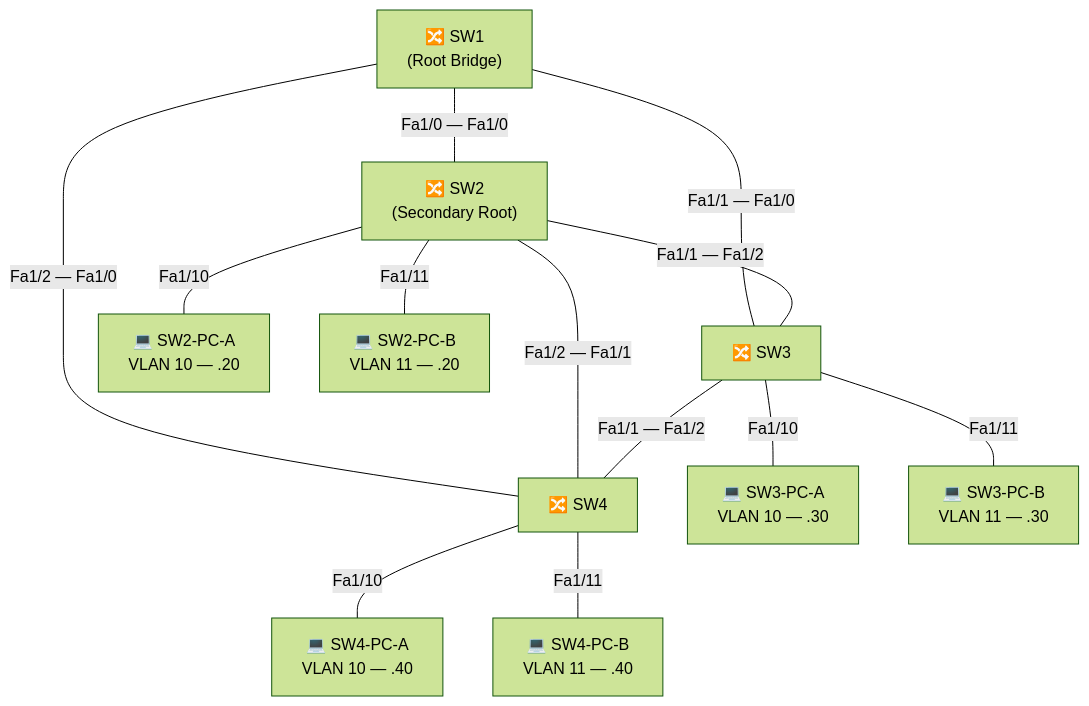
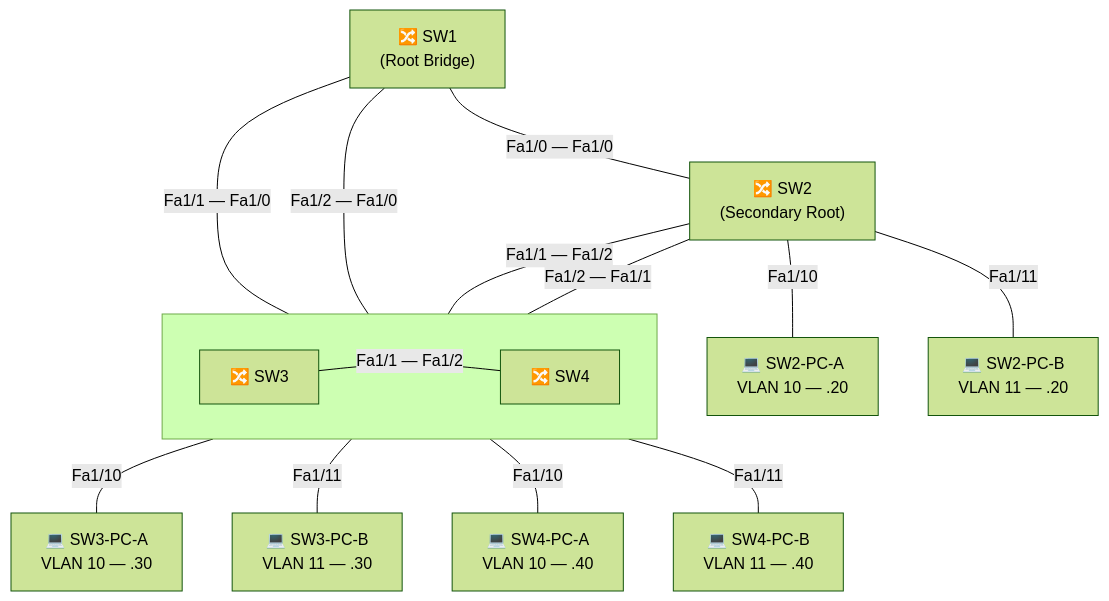
One commit to DaveGirgis/NetworkSwitchLab changed the diagram in docs/session3/topology.md. Above: the diagram before and after it, drawn with Mermaid (forest theme).

````diff
--- a/docs/session3/topology.md
+++ b/docs/session3/topology.md
@@ -5,28 +5,39 @@
 ``` mermaid
 graph TD
-    SW1["🔀 SW1\n(Root Bridge)"]
-    SW2["🔀 SW2\n(Secondary Root)"]
-    SW3["🔀 SW3"]
-    SW4["🔀 SW4"]
+    %% Define Nodes
+    SW1["🔀 SW1<br/>(Root Bridge)"]
+    SW2["🔀 SW2<br/>(Secondary Root)"]
 
-    PC_A2["💻 SW2-PC-A\nVLAN 10 — .20"]
-    PC_B2["💻 SW2-PC-B\nVLAN 11 — .20"]
-    PC_A3["💻 SW3-PC-A\nVLAN 10 — .30"]
-    PC_B3["💻 SW3-PC-B\nVLAN 11 — .30"]
-    PC_A4["💻 SW4-PC-A\nVLAN 10 — .40"]
-    PC_B4["💻 SW4-PC-B\nVLAN 11 — .40"]
+    subgraph Access_Layer [" "]
+    direction LR
+        SW3["🔀 SW3"]
+        SW4["🔀 SW4"]
+    end
 
+    PC_A2["💻 SW2-PC-A<br/>VLAN 10 — .20"]
+    PC_B2["💻 SW2-PC-B<br/>VLAN 11 — .20"]
+    PC_A3["💻 SW3-PC-A<br/>VLAN 10 — .30"]
+    PC_B3["💻 SW3-PC-B<br/>VLAN 11 — .30"]
+    PC_A4["💻 SW4-PC-A<br/>VLAN 10 — .40"]
+    PC_B4["💻 SW4-PC-B<br/>VLAN 11 — .40"]
+
+    %% Switch to Switch Connections
     SW1 -- "Fa1/0 — Fa1/0" --- SW2
     SW1 -- "Fa1/1 — Fa1/0" --- SW3
     SW1 -- "Fa1/2 — Fa1/0" --- SW4
     SW2 -- "Fa1/1 — Fa1/2" --- SW3
     SW2 -- "Fa1/2 — Fa1/1" --- SW4
     SW3 -- "Fa1/1 — Fa1/2" --- SW4
 
+    %% PC Connections
     SW2 -- "Fa1/10" --- PC_A2
     SW2 -- "Fa1/11" --- PC_B2
     SW3 -- "Fa1/10" --- PC_A3
     SW3 -- "Fa1/11" --- PC_B3
     SW4 -- "Fa1/10" --- PC_A4
     SW4 -- "Fa1/11" --- PC_B4
+
+    %% Ranking logic
+    SW1 ~~~ SW2
+    SW3 ~~~ SW4
 ```
````
